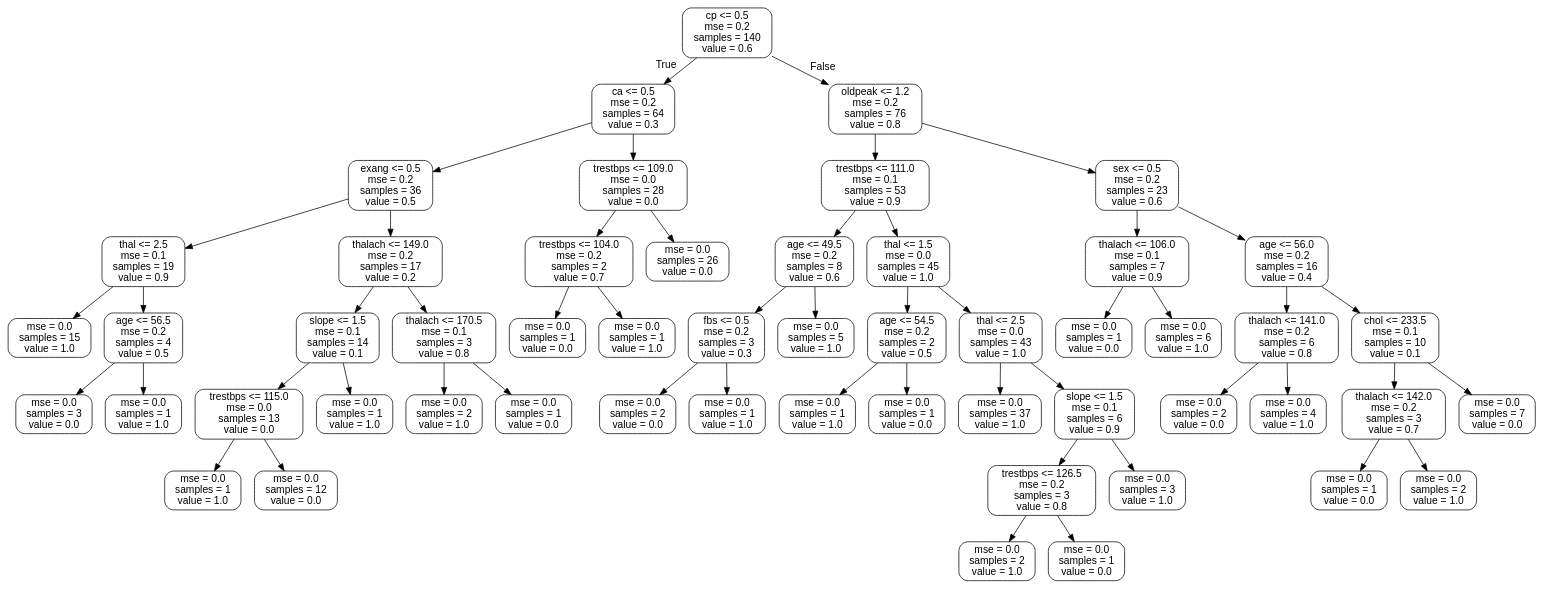
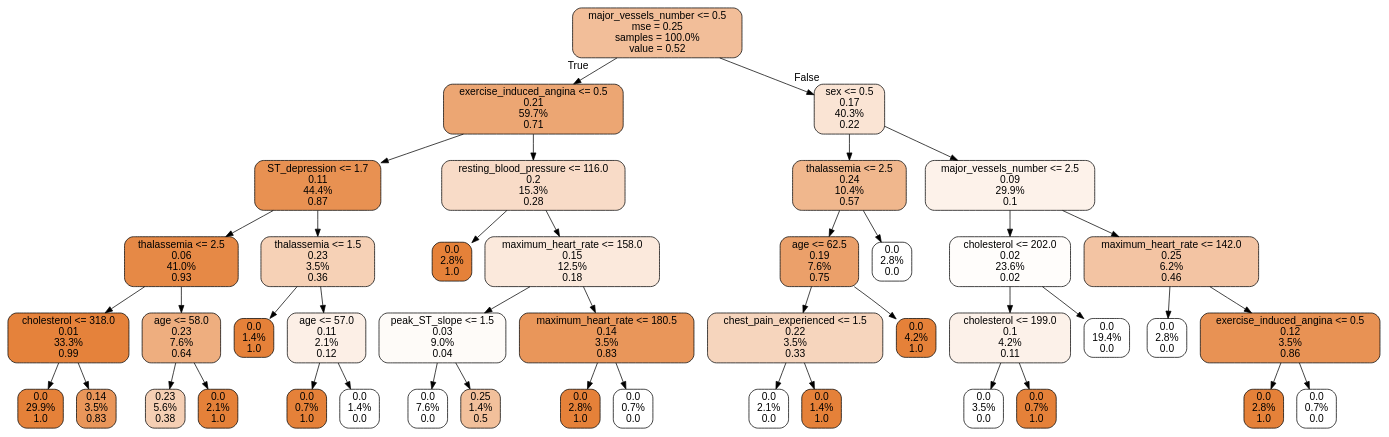
Before and after one commit to wink94/Heart-Disease-Predict: the diagram in tree.dot, drawn with Graphviz. The commit also changed 10 other files, not shown here.

```diff
--- a/tree.dot
+++ b/tree.dot
@@ -1,109 +1,89 @@
 digraph Tree {
-node [shape=box, style="rounded", color="black", fontname=helvetica] ;
+node [shape=box, style="filled, rounded", color="black", fontname=helvetica] ;
 edge [fontname=helvetica] ;
-0 [label="cp <= 0.5\nmse = 0.2\nsamples = 140\nvalue = 0.6"] ;
-1 [label="ca <= 0.5\nmse = 0.2\nsamples = 64\nvalue = 0.3"] ;
+0 [label="major_vessels_number <= 0.5\nmse = 0.25\nsamples = 100.0%\nvalue = 0.52", fillcolor="#e5813983"] ;
+1 [label="exercise_induced_angina <= 0.5\n0.21\n59.7%\n0.71", fillcolor="#e58139b4"] ;
 0 -> 1 [labeldistance=2.5, labelangle=45, headlabel="True"] ;
-2 [label="exang <= 0.5\nmse = 0.2\nsamples = 36\nvalue = 0.5"] ;
+2 [label="ST_depression <= 1.7\n0.11\n44.4%\n0.87", fillcolor="#e58139de"] ;
 1 -> 2 ;
-3 [label="thal <= 2.5\nmse = 0.1\nsamples = 19\nvalue = 0.9"] ;
+3 [label="thalassemia <= 2.5\n0.06\n41.0%\n0.93", fillcolor="#e58139ee"] ;
 2 -> 3 ;
-4 [label="mse = 0.0\nsamples = 15\nvalue = 1.0"] ;
+4 [label="cholesterol <= 318.0\n0.01\n33.3%\n0.99", fillcolor="#e58139fc"] ;
 3 -> 4 ;
-5 [label="age <= 56.5\nmse = 0.2\nsamples = 4\nvalue = 0.5"] ;
-3 -> 5 ;
-6 [label="mse = 0.0\nsamples = 3\nvalue = 0.0"] ;
-5 -> 6 ;
-7 [label="mse = 0.0\nsamples = 1\nvalue = 1.0"] ;
-5 -> 7 ;
-8 [label="thalach <= 149.0\nmse = 0.2\nsamples = 17\nvalue = 0.2"] ;
-2 -> 8 ;
-9 [label="slope <= 1.5\nmse = 0.1\nsamples = 14\nvalue = 0.1"] ;
-8 -> 9 ;
-10 [label="trestbps <= 115.0\nmse = 0.0\nsamples = 13\nvalue = 0.0"] ;
-9 -> 10 ;
-11 [label="mse = 0.0\nsamples = 1\nvalue = 1.0"] ;
+5 [label="0.0\n29.9%\n1.0", fillcolor="#e58139ff"] ;
+4 -> 5 ;
+6 [label="0.14\n3.5%\n0.83", fillcolor="#e58139d4"] ;
+4 -> 6 ;
+7 [label="age <= 58.0\n0.23\n7.6%\n0.64", fillcolor="#e58139a4"] ;
+3 -> 7 ;
+8 [label="0.23\n5.6%\n0.38", fillcolor="#e5813960"] ;
+7 -> 8 ;
+9 [label="0.0\n2.1%\n1.0", fillcolor="#e58139ff"] ;
+7 -> 9 ;
+10 [label="thalassemia <= 1.5\n0.23\n3.5%\n0.36", fillcolor="#e581395d"] ;
+2 -> 10 ;
+11 [label="0.0\n1.4%\n1.0", fillcolor="#e58139ff"] ;
 10 -> 11 ;
-12 [label="mse = 0.0\nsamples = 12\nvalue = 0.0"] ;
+12 [label="age <= 57.0\n0.11\n2.1%\n0.12", fillcolor="#e5813920"] ;
 10 -> 12 ;
-13 [label="mse = 0.0\nsamples = 1\nvalue = 1.0"] ;
-9 -> 13 ;
-14 [label="thalach <= 170.5\nmse = 0.1\nsamples = 3\nvalue = 0.8"] ;
-8 -> 14 ;
-15 [label="mse = 0.0\nsamples = 2\nvalue = 1.0"] ;
-14 -> 15 ;
-16 [label="mse = 0.0\nsamples = 1\nvalue = 0.0"] ;
-14 -> 16 ;
-17 [label="trestbps <= 109.0\nmse = 0.0\nsamples = 28\nvalue = 0.0"] ;
-1 -> 17 ;
-18 [label="trestbps <= 104.0\nmse = 0.2\nsamples = 2\nvalue = 0.7"] ;
+13 [label="0.0\n0.7%\n1.0", fillcolor="#e58139ff"] ;
+12 -> 13 ;
+14 [label="0.0\n1.4%\n0.0", fillcolor="#e5813900"] ;
+12 -> 14 ;
+15 [label="resting_blood_pressure <= 116.0\n0.2\n15.3%\n0.28", fillcolor="#e5813948"] ;
+1 -> 15 ;
+16 [label="0.0\n2.8%\n1.0", fillcolor="#e58139ff"] ;
+15 -> 16 ;
+17 [label="maximum_heart_rate <= 158.0\n0.15\n12.5%\n0.18", fillcolor="#e581392d"] ;
+15 -> 17 ;
+18 [label="peak_ST_slope <= 1.5\n0.03\n9.0%\n0.04", fillcolor="#e5813909"] ;
 17 -> 18 ;
-19 [label="mse = 0.0\nsamples = 1\nvalue = 0.0"] ;
+19 [label="0.0\n7.6%\n0.0", fillcolor="#e5813900"] ;
 18 -> 19 ;
-20 [label="mse = 0.0\nsamples = 1\nvalue = 1.0"] ;
+20 [label="0.25\n1.4%\n0.5", fillcolor="#e5813980"] ;
 18 -> 20 ;
-21 [label="mse = 0.0\nsamples = 26\nvalue = 0.0"] ;
+21 [label="maximum_heart_rate <= 180.5\n0.14\n3.5%\n0.83", fillcolor="#e58139d4"] ;
 17 -> 21 ;
-22 [label="oldpeak <= 1.2\nmse = 0.2\nsamples = 76\nvalue = 0.8"] ;
-0 -> 22 [labeldistance=2.5, labelangle=-45, headlabel="False"] ;
-23 [label="trestbps <= 111.0\nmse = 0.1\nsamples = 53\nvalue = 0.9"] ;
-22 -> 23 ;
-24 [label="age <= 49.5\nmse = 0.2\nsamples = 8\nvalue = 0.6"] ;
-23 -> 24 ;
-25 [label="fbs <= 0.5\nmse = 0.2\nsamples = 3\nvalue = 0.3"] ;
+22 [label="0.0\n2.8%\n1.0", fillcolor="#e58139ff"] ;
+21 -> 22 ;
+23 [label="0.0\n0.7%\n0.0", fillcolor="#e5813900"] ;
+21 -> 23 ;
+24 [label="sex <= 0.5\n0.17\n40.3%\n0.22", fillcolor="#e5813937"] ;
+0 -> 24 [labeldistance=2.5, labelangle=-45, headlabel="False"] ;
+25 [label="thalassemia <= 2.5\n0.24\n10.4%\n0.57", fillcolor="#e5813992"] ;
 24 -> 25 ;
-26 [label="mse = 0.0\nsamples = 2\nvalue = 0.0"] ;
+26 [label="age <= 62.5\n0.19\n7.6%\n0.75", fillcolor="#e58139bf"] ;
 25 -> 26 ;
-27 [label="mse = 0.0\nsamples = 1\nvalue = 1.0"] ;
-25 -> 27 ;
-28 [label="mse = 0.0\nsamples = 5\nvalue = 1.0"] ;
-24 -> 28 ;
-29 [label="thal <= 1.5\nmse = 0.0\nsamples = 45\nvalue = 1.0"] ;
-23 -> 29 ;
-30 [label="age <= 54.5\nmse = 0.2\nsamples = 2\nvalue = 0.5"] ;
-29 -> 30 ;
-31 [label="mse = 0.0\nsamples = 1\nvalue = 1.0"] ;
-30 -> 31 ;
-32 [label="mse = 0.0\nsamples = 1\nvalue = 0.0"] ;
-30 -> 32 ;
-33 [label="thal <= 2.5\nmse = 0.0\nsamples = 43\nvalue = 1.0"] ;
-29 -> 33 ;
-34 [label="mse = 0.0\nsamples = 37\nvalue = 1.0"] ;
+27 [label="chest_pain_experienced <= 1.5\n0.22\n3.5%\n0.33", fillcolor="#e5813955"] ;
+26 -> 27 ;
+28 [label="0.0\n2.1%\n0.0", fillcolor="#e5813900"] ;
+27 -> 28 ;
+29 [label="0.0\n1.4%\n1.0", fillcolor="#e58139ff"] ;
+27 -> 29 ;
+30 [label="0.0\n4.2%\n1.0", fillcolor="#e58139ff"] ;
+26 -> 30 ;
+31 [label="0.0\n2.8%\n0.0", fillcolor="#e5813900"] ;
+25 -> 31 ;
+32 [label="major_vessels_number <= 2.5\n0.09\n29.9%\n0.1", fillcolor="#e581391b"] ;
+24 -> 32 ;
+33 [label="cholesterol <= 202.0\n0.02\n23.6%\n0.02", fillcolor="#e5813905"] ;
+32 -> 33 ;
+34 [label="cholesterol <= 199.0\n0.1\n4.2%\n0.11", fillcolor="#e581391c"] ;
 33 -> 34 ;
-35 [label="slope <= 1.5\nmse = 0.1\nsamples = 6\nvalue = 0.9"] ;
-33 -> 35 ;
-36 [label="trestbps <= 126.5\nmse = 0.2\nsamples = 3\nvalue = 0.8"] ;
-35 -> 36 ;
-37 [label="mse = 0.0\nsamples = 2\nvalue = 1.0"] ;
-36 -> 37 ;
-38 [label="mse = 0.0\nsamples = 1\nvalue = 0.0"] ;
-36 -> 38 ;
-39 [label="mse = 0.0\nsamples = 3\nvalue = 1.0"] ;
-35 -> 39 ;
-40 [label="sex <= 0.5\nmse = 0.2\nsamples = 23\nvalue = 0.6"] ;
-22 -> 40 ;
-41 [label="thalach <= 106.0\nmse = 0.1\nsamples = 7\nvalue = 0.9"] ;
+35 [label="0.0\n3.5%\n0.0", fillcolor="#e5813900"] ;
+34 -> 35 ;
+36 [label="0.0\n0.7%\n1.0", fillcolor="#e58139ff"] ;
+34 -> 36 ;
+37 [label="0.0\n19.4%\n0.0", fillcolor="#e5813900"] ;
+33 -> 37 ;
+38 [label="maximum_heart_rate <= 142.0\n0.25\n6.2%\n0.46", fillcolor="#e5813976"] ;
+32 -> 38 ;
+39 [label="0.0\n2.8%\n0.0", fillcolor="#e5813900"] ;
+38 -> 39 ;
+40 [label="exercise_induced_angina <= 0.5\n0.12\n3.5%\n0.86", fillcolor="#e58139db"] ;
+38 -> 40 ;
+41 [label="0.0\n2.8%\n1.0", fillcolor="#e58139ff"] ;
 40 -> 41 ;
-42 [label="mse = 0.0\nsamples = 1\nvalue = 0.0"] ;
-41 -> 42 ;
-43 [label="mse = 0.0\nsamples = 6\nvalue = 1.0"] ;
-41 -> 43 ;
-44 [label="age <= 56.0\nmse = 0.2\nsamples = 16\nvalue = 0.4"] ;
-40 -> 44 ;
-45 [label="thalach <= 141.0\nmse = 0.2\nsamples = 6\nvalue = 0.8"] ;
-44 -> 45 ;
-46 [label="mse = 0.0\nsamples = 2\nvalue = 0.0"] ;
-45 -> 46 ;
-47 [label="mse = 0.0\nsamples = 4\nvalue = 1.0"] ;
-45 -> 47 ;
-48 [label="chol <= 233.5\nmse = 0.1\nsamples = 10\nvalue = 0.1"] ;
-44 -> 48 ;
-49 [label="thalach <= 142.0\nmse = 0.2\nsamples = 3\nvalue = 0.7"] ;
-48 -> 49 ;
-50 [label="mse = 0.0\nsamples = 1\nvalue = 0.0"] ;
-49 -> 50 ;
-51 [label="mse = 0.0\nsamples = 2\nvalue = 1.0"] ;
-49 -> 51 ;
-52 [label="mse = 0.0\nsamples = 7\nvalue = 0.0"] ;
-48 -> 52 ;
+42 [label="0.0\n0.7%\n0.0", fillcolor="#e5813900"] ;
+40 -> 42 ;
 }
```
